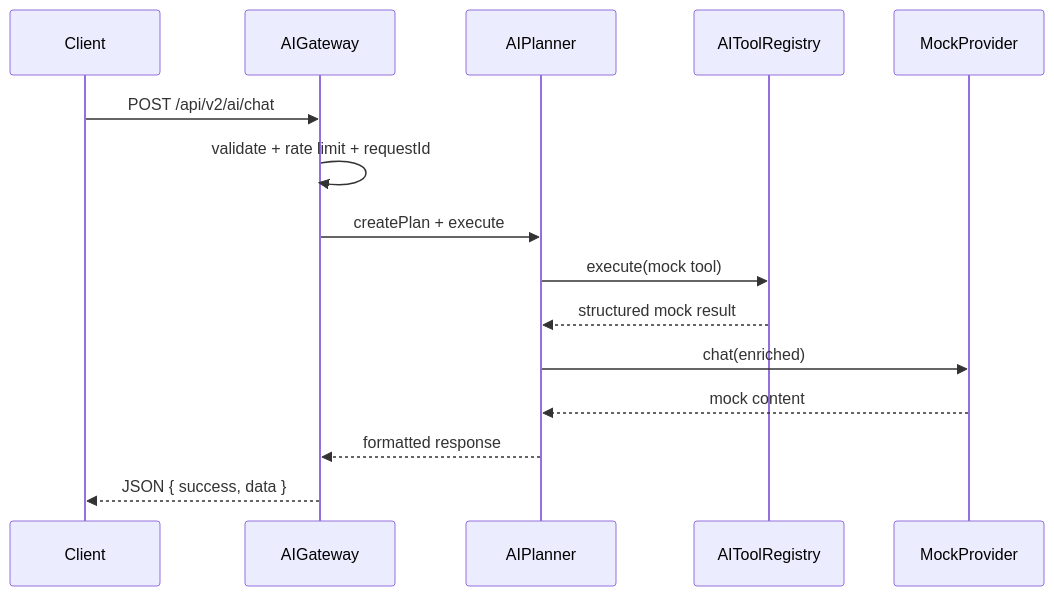
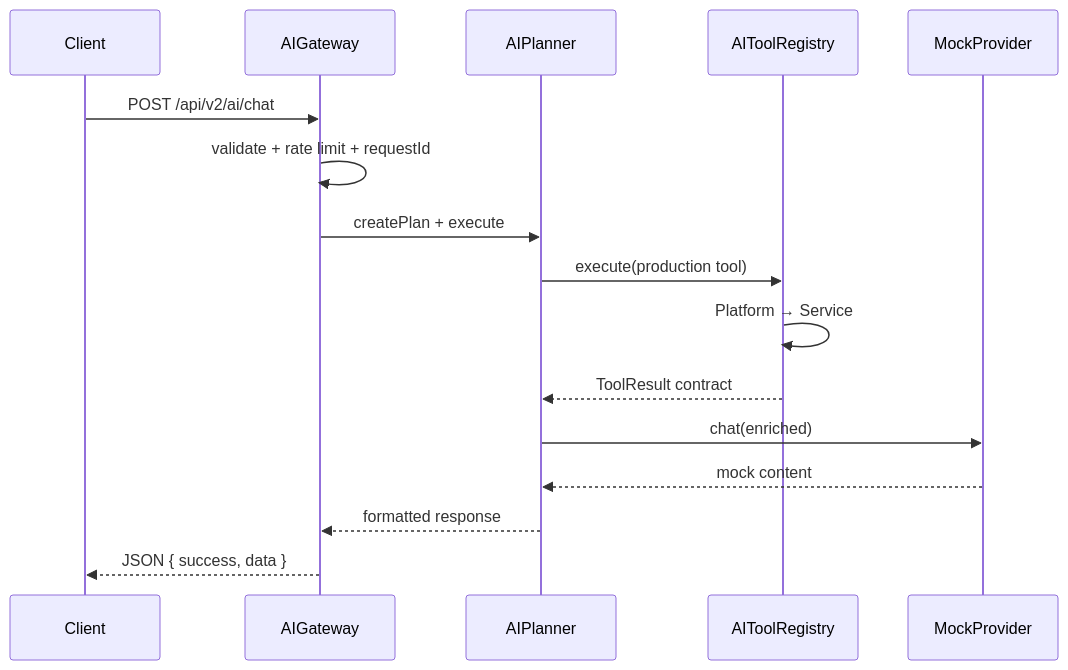
Before and after one commit to BoneraBlaise/yebone-backend: the diagram in docs/AI_GATEWAY.md, drawn with Mermaid. The commit also changed other lines of this file and 28 other files, not shown here.

````diff
--- a/docs/AI_GATEWAY.md
+++ b/docs/AI_GATEWAY.md
@@ -31,18 +31,19 @@
 ```mermaid
 sequenceDiagram
   participant C as Client
   participant G as AIGateway
   participant P as AIPlanner
   participant T as AIToolRegistry
   participant M as MockProvider
 
   C->>G: POST /api/v2/ai/chat
   G->>G: validate + rate limit + requestId
   G->>P: createPlan + execute
-  P->>T: execute(mock tool)
-  T-->>P: structured mock result
+  P->>T: execute(production tool)
+  T->>T: Platform → Service
+  T-->>P: ToolResult contract
   P->>M: chat(enriched)
   M-->>P: mock content
   P-->>G: formatted response
   G-->>C: JSON { success, data }
 ```
````
